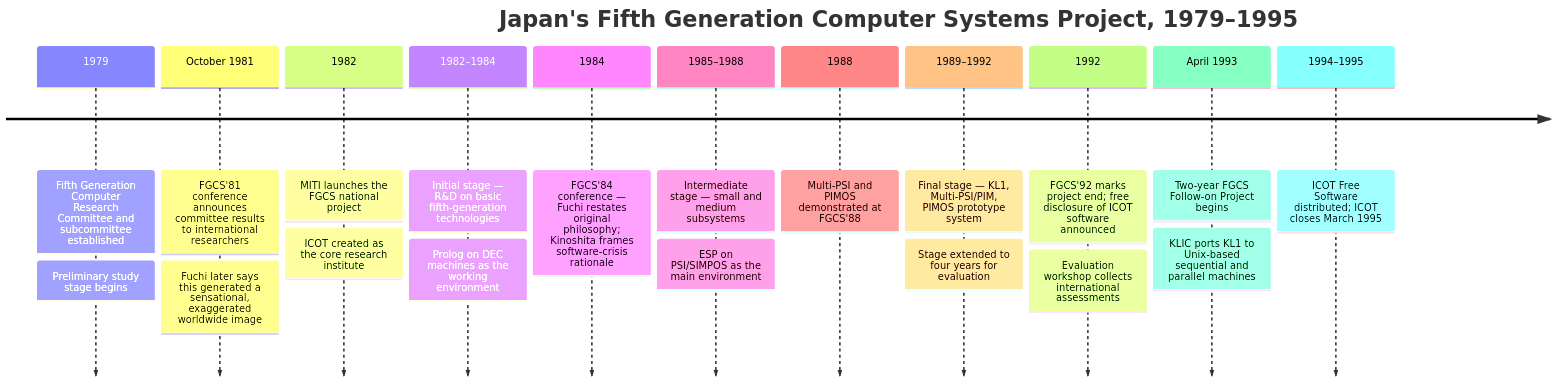
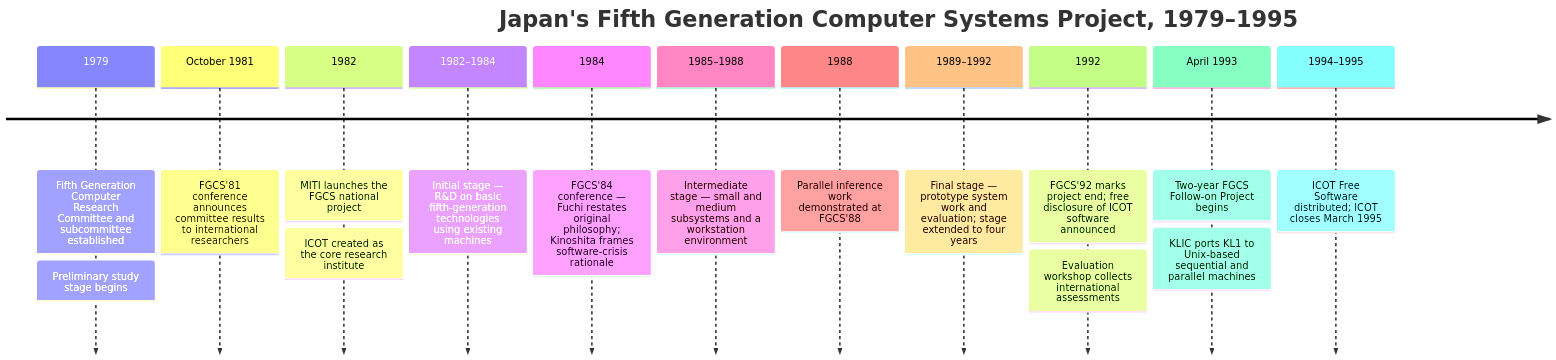
The diagram in src/content/docs/ai-history/ch-23-the-japanese-threat.md (kube-dojo/kube-dojo), drawn with Mermaid before and after one commit. The commit also changed other lines of this file and 1 other file, not shown here.

````diff
--- a/src/content/docs/ai-history/ch-23-the-japanese-threat.md
+++ b/src/content/docs/ai-history/ch-23-the-japanese-threat.md
@@ -30,15 +30,15 @@
 ```mermaid
 timeline
     title Japan's Fifth Generation Computer Systems Project, 1979–1995
     1979 : Fifth Generation Computer Research Committee and subcommittee established : Preliminary study stage begins
-    October 1981 : FGCS'81 conference announces committee results to international researchers : Fuchi later says this generated a sensational, exaggerated worldwide image
+    October 1981 : FGCS'81 conference announces committee results to international researchers
     1982 : MITI launches the FGCS national project : ICOT created as the core research institute
-    1982–1984 : Initial stage — R&D on basic fifth-generation technologies : Prolog on DEC machines as the working environment
+    1982–1984 : Initial stage — R&D on basic fifth-generation technologies using existing machines
     1984 : FGCS'84 conference — Fuchi restates original philosophy; Kinoshita frames software-crisis rationale
-    1985–1988 : Intermediate stage — small and medium subsystems : ESP on PSI/SIMPOS as the main environment
-    1988 : Multi-PSI and PIMOS demonstrated at FGCS'88
-    1989–1992 : Final stage — KL1, Multi-PSI/PIM, PIMOS prototype system : Stage extended to four years for evaluation
+    1985–1988 : Intermediate stage — small and medium subsystems and a workstation environment
+    1988 : Parallel inference work demonstrated at FGCS'88
+    1989–1992 : Final stage — prototype system work and evaluation; stage extended to four years
     1992 : FGCS'92 marks project end; free disclosure of ICOT software announced : Evaluation workshop collects international assessments
     April 1993 : Two-year FGCS Follow-on Project begins : KLIC ports KL1 to Unix-based sequential and parallel machines
     1994–1995 : ICOT Free Software distributed; ICOT closes March 1995
 ```
````
